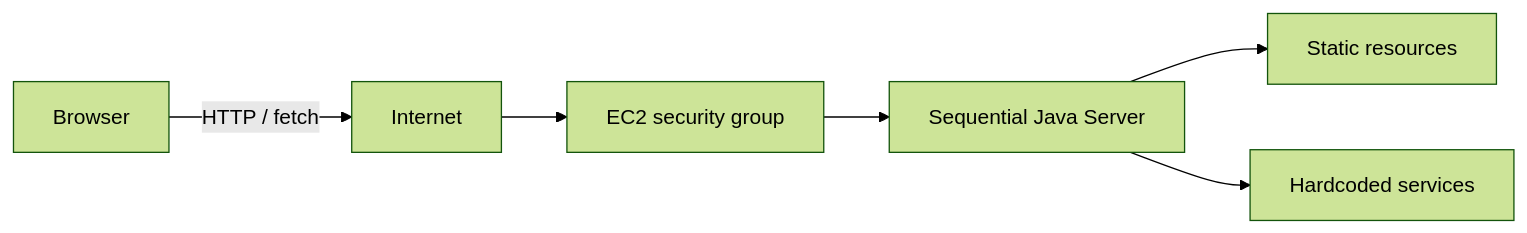
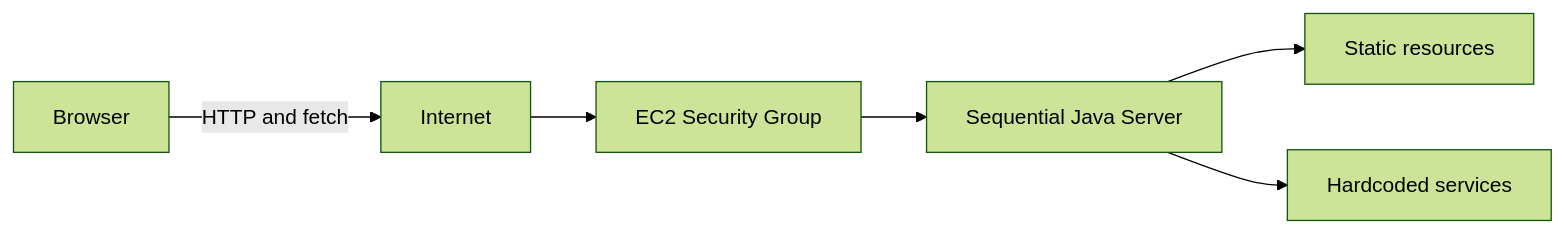
The diagram in README.md (deisyguzman/From-a-Minimal-HTTP-Server-to-a-Web-Application-on-AWS), drawn with Mermaid (forest theme) before and after one commit. The commit also changed other lines of this file and 9 other files, not shown here.

````diff
--- a/README.md
+++ b/README.md
@@ -9,8 +29,8 @@
 ```mermaid
 flowchart LR
-  B[Browser] -->|HTTP / fetch| G[Internet]
-  G --> SG[EC2 security group]
+  B[Browser] -->|HTTP and fetch| I[Internet]
+  I --> SG[EC2 Security Group]
   SG --> S[Sequential Java Server]
   S --> R[Static resources]
   S --> H[Hardcoded services]
 ```
````
